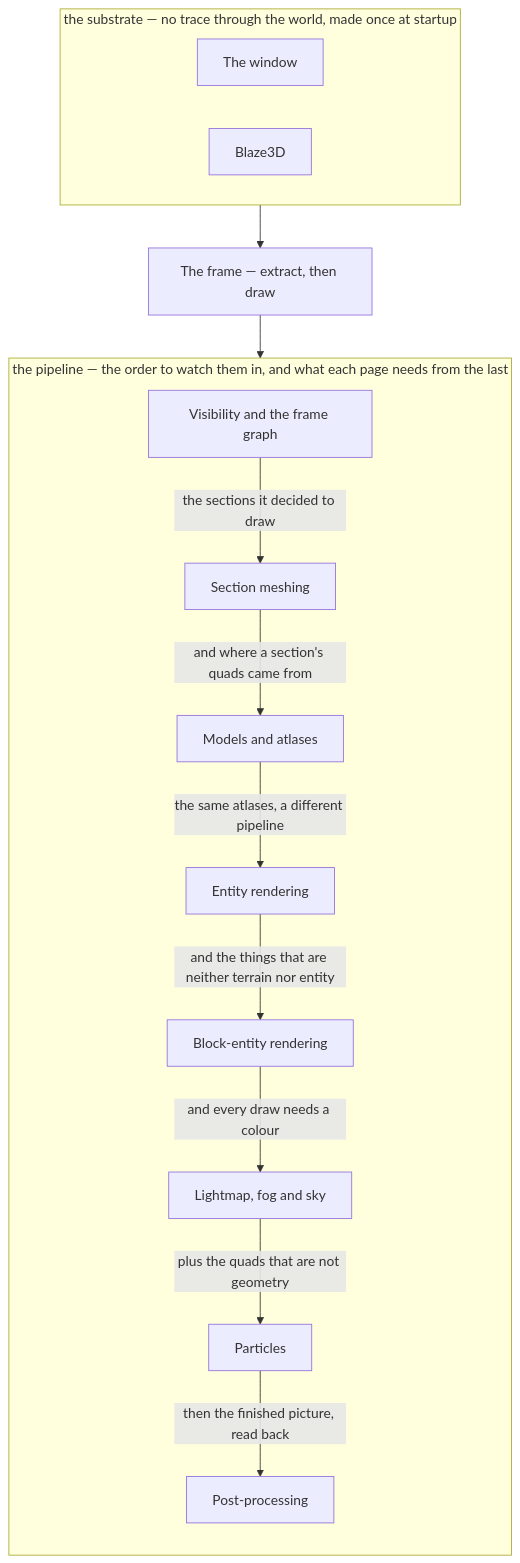
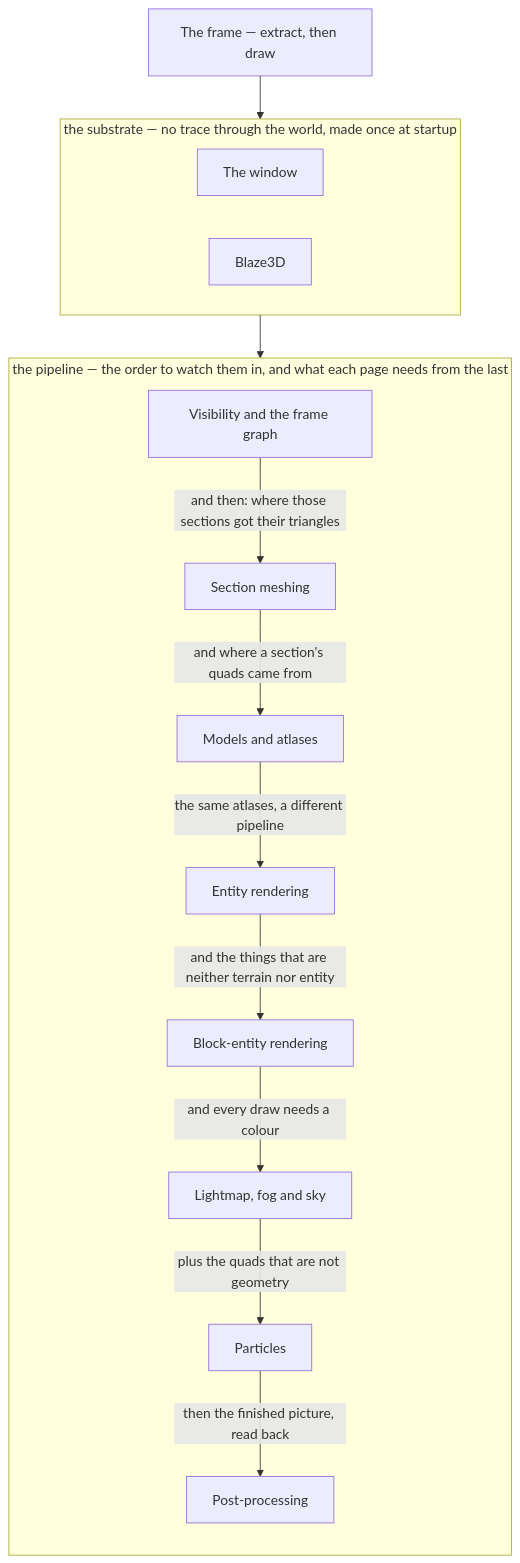
Before and after one commit to AlexanderjFraser/MinecraftDocs: the diagram in src/systems/rendering/README.md, drawn with Mermaid. The commit also changed other lines of this file and 24 other files, not shown here.

````diff
--- a/src/systems/rendering/README.md
+++ b/src/systems/rendering/README.md
@@ -55,29 +43,29 @@
 ```mermaid
 flowchart TD
     FRAME["The frame — extract, then draw"]
     subgraph SUB["the substrate — no trace through the world, made once at startup"]
         direction LR
         WIN["The window"]
         B3D["Blaze3D"]
     end
     subgraph PIPE["the pipeline — the order to watch them in, and what each page needs from the last"]
         direction TB
         VIS["Visibility and the frame graph"]
         MESH["Section meshing"]
         MOD["Models and atlases"]
         ENT["Entity rendering"]
         BEN["Block-entity rendering"]
         SKY["Lightmap, fog and sky"]
         PART["Particles"]
         POST["Post-processing"]
-        VIS -- "the sections it decided to draw" --> MESH
+        VIS -- "and then: where those sections got their triangles" --> MESH
         MESH -- "and where a section's quads came from" --> MOD
         MOD -- "the same atlases, a different pipeline" --> ENT
         ENT -- "and the things that are neither terrain nor entity" --> BEN
         BEN -- "and every draw needs a colour" --> SKY
         SKY -- "plus the quads that are not geometry" --> PART
         PART -- "then the finished picture, read back" --> POST
     end
-    SUB --> FRAME
-    FRAME --> PIPE
+    FRAME --> SUB
+    SUB --> PIPE
 ```
````
